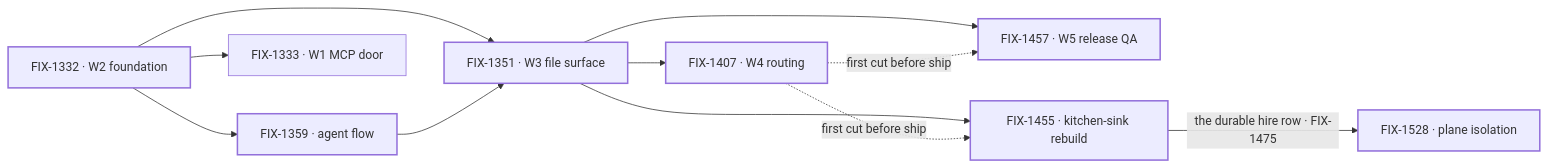
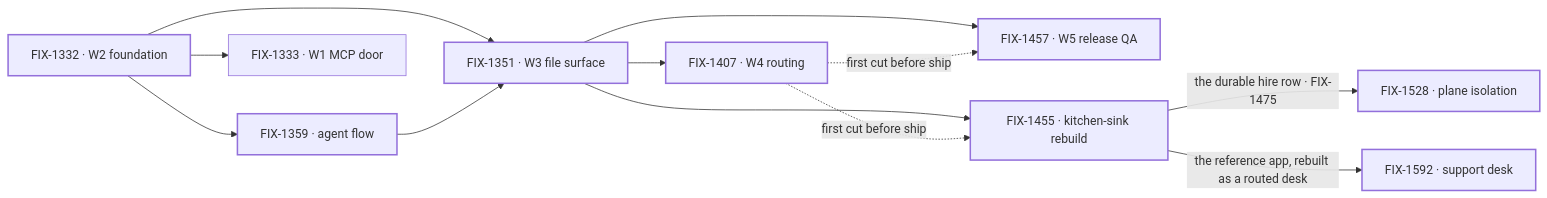
Before and after one commit to fixpoint-labs/flow-state-dev: the diagram in spec/_projects/workforce-layer-2-abstraction/SPEC.md, drawn with Mermaid. The commit also changed other lines of this file and 4 other files, not shown here.

First line of the commit message:
project(workforce-layer-2-abstraction): update — FIX-1592 support desk wrapped

````diff
--- a/spec/_projects/workforce-layer-2-abstraction/SPEC.md
+++ b/spec/_projects/workforce-layer-2-abstraction/SPEC.md
@@ -114,15 +83,16 @@
 ```mermaid
 flowchart LR
   W2["FIX-1332 · W2 foundation"] --> AF["FIX-1359 · agent flow"]
   W2 --> W3["FIX-1351 · W3 file surface"]
   AF --> W3
   W3 --> W4["FIX-1407 · W4 routing"]
   W3 --> W5["FIX-1457 · W5 release QA"]
   W3 --> KS["FIX-1455 · kitchen-sink rebuild"]
   W4 -.->|"first cut before ship"| W5
   W4 -.->|"first cut before ship"| KS
   KS -->|"the durable hire row · FIX-1475"| PI["FIX-1528 · plane isolation"]
+  KS -->|"the reference app, rebuilt as a routed desk"| SD["FIX-1592 · support desk"]
   W2 --> W1["FIX-1333 · W1 MCP door"]
   classDef done stroke-width:2px
-  class W2,AF,W3,W4,W5,KS,PI done
+  class W2,AF,W3,W4,W5,KS,PI,SD done
 ```
````
